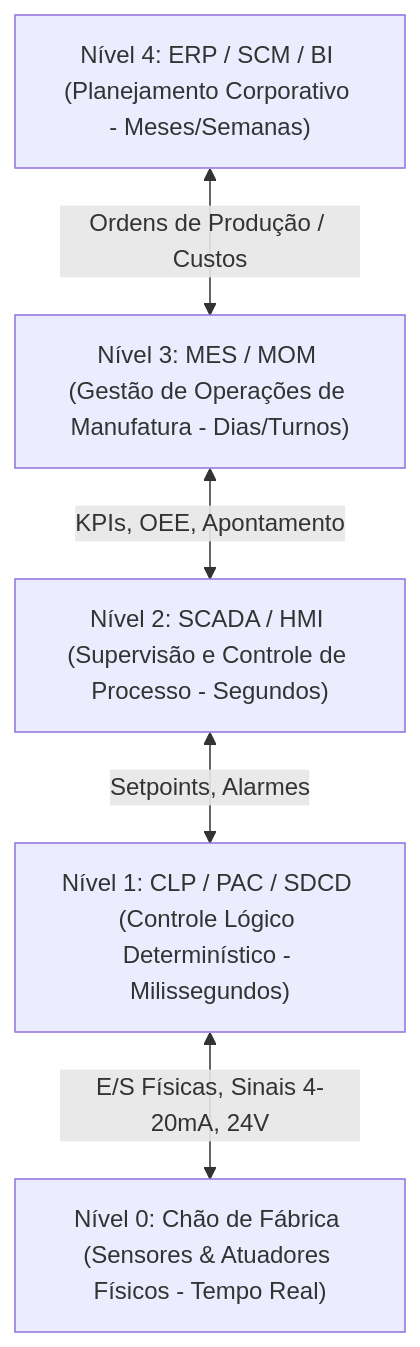
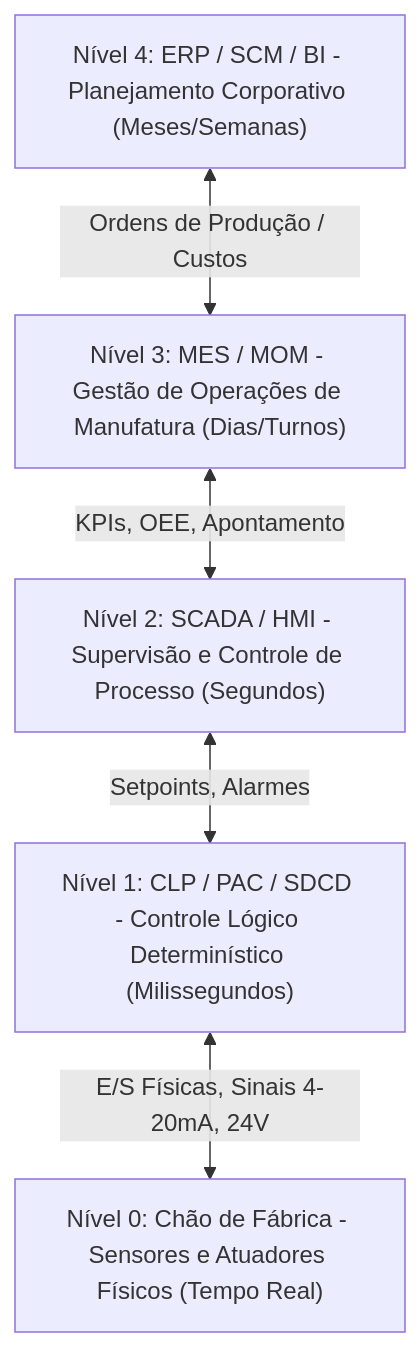
The diagram in Automação Industrial/aulas/semana_01.md (profAndreSouza/Material), drawn with Mermaid before and after one commit. The commit also changed 2 other files, not shown here.

Commit message:
docs(automation): restructure course syllabus and enrich lessons 01-03
- Redistribute syllabus across 11 core lecture weeks in README.md

- Add comprehensive theoretical reference material for Lessons 01, 02, and 03

- Integrate custom PT-BR technical infographics (ISA-95, PNP/NPN, sensors, PLC SCAN)

- Outline synthetic scopes for IIoT, InfluxDB, and CRISP-DM/ML integration (Lessons 04-11)

````diff
--- a/Automação Industrial/aulas/semana_01.md
+++ b/Automação Industrial/aulas/semana_01.md
@@ -35,13 +35,13 @@
 ```mermaid
 graph TD
-    N4["Nível 4: ERP / SCM / BI (Planejamento Corporativo - Meses/Semanas)"]
-    N3["Nível 3: MES / MOM (Gestão de Operações de Manufatura - Dias/Turnos)"]
-    N2["Nível 2: SCADA / HMI (Supervisão e Controle de Processo - Segundos)"]
-    N1["Nível 1: CLP / PAC / SDCD (Controle Lógico Determinístico - Milissegundos)"]
-    N0["Nível 0: Chão de Fábrica (Sensores & Atuadores Físicos - Tempo Real)"]
+    N4["Nível 4: ERP / SCM / BI - Planejamento Corporativo (Meses/Semanas)"]
+    N3["Nível 3: MES / MOM - Gestão de Operações de Manufatura (Dias/Turnos)"]
+    N2["Nível 2: SCADA / HMI - Supervisão e Controle de Processo (Segundos)"]
+    N1["Nível 1: CLP / PAC / SDCD - Controle Lógico Determinístico (Milissegundos)"]
+    N0["Nível 0: Chão de Fábrica - Sensores e Atuadores Físicos (Tempo Real)"]
 
     N4 <-->|Ordens de Produção / Custos| N3
     N3 <-->|KPIs, OEE, Apontamento| N2
     N2 <-->|Setpoints, Alarmes| N1
     N1 <-->|E/S Físicas, Sinais 4-20mA, 24V| N0
 ```
````
